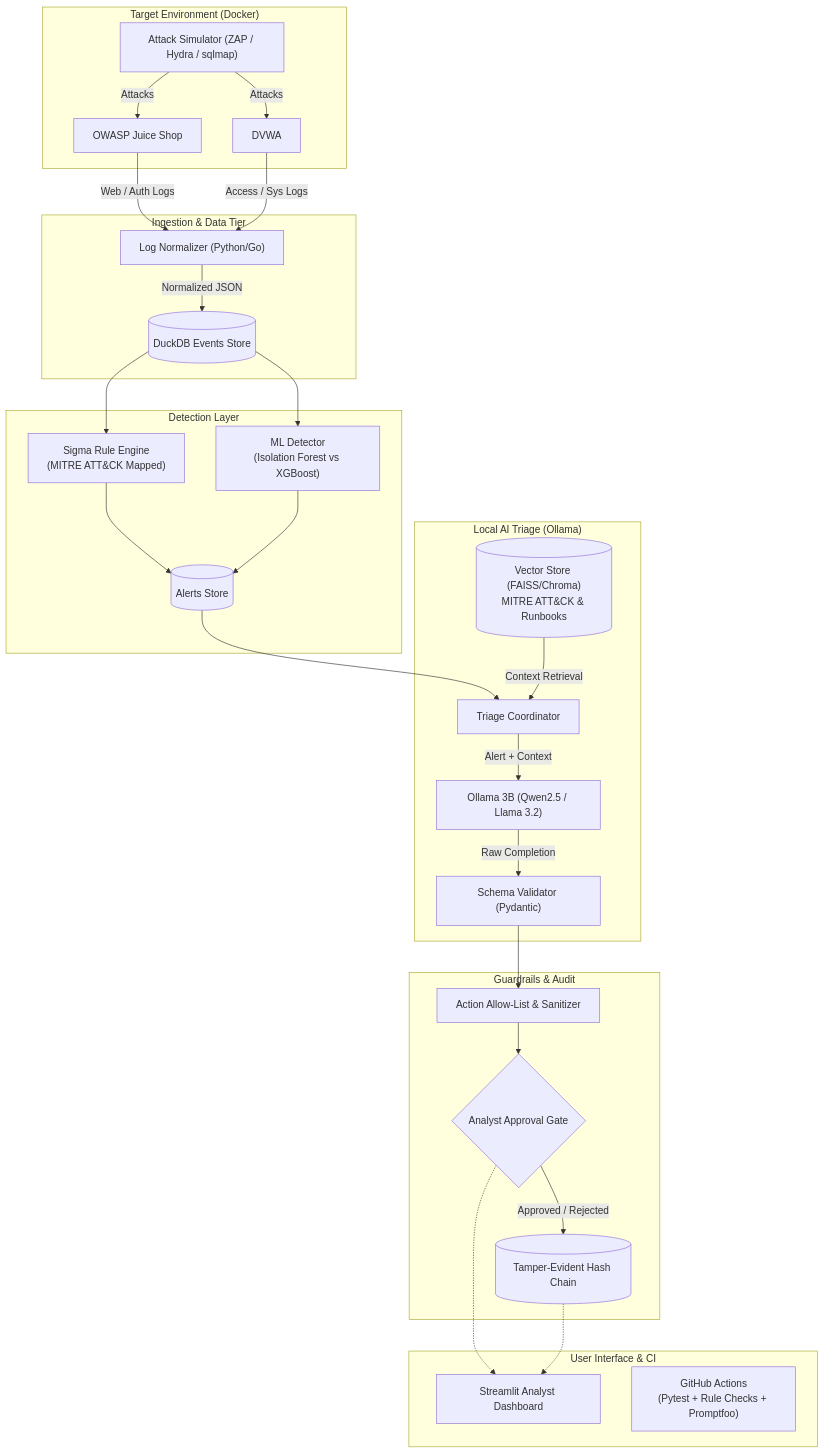
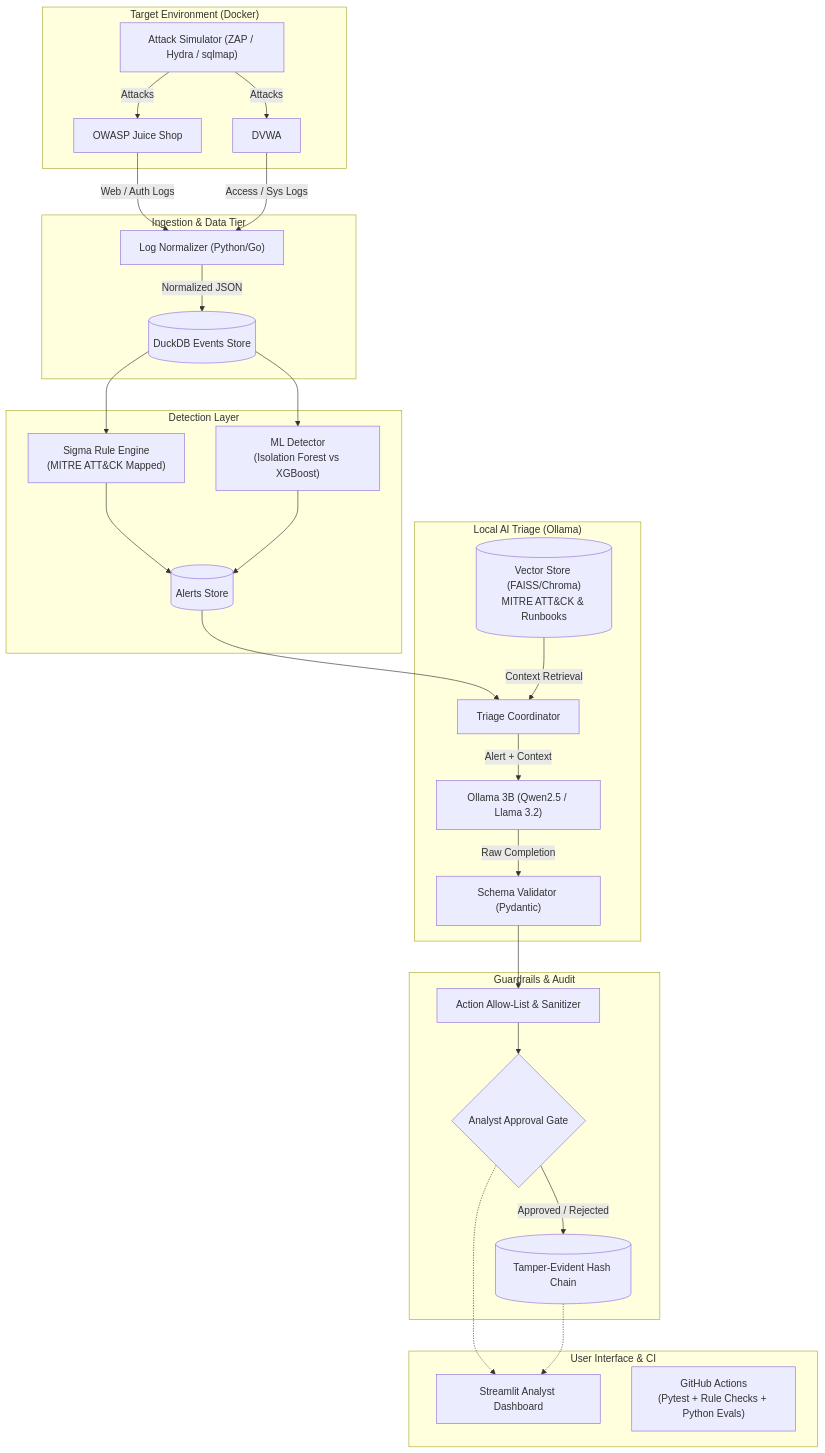
Before and after one commit to naji-abdellah/MINI-SOC-AI: the diagram in docs/architecture.md, drawn with Mermaid. The commit also changed other lines of this file and 36 other files, not shown here.

````diff
--- a/docs/architecture.md
+++ b/docs/architecture.md
@@ -9,42 +9,42 @@
 ```mermaid
 flowchart TD
     subgraph Target_Env["Target Environment (Docker)"]
         T1["OWASP Juice Shop"]
         T2["DVWA"]
         ATT["Attack Simulator (ZAP / Hydra / sqlmap)"]
         ATT -->|Attacks| T1
         ATT -->|Attacks| T2
     end
 
     subgraph Ingestion_Storage["Ingestion & Data Tier"]
         T1 -->|Web / Auth Logs| ING["Log Normalizer (Python/Go)"]
         T2 -->|Access / Sys Logs| ING
         ING -->|Normalized JSON| DUCK[("DuckDB Events Store")]
     end
 
     subgraph Detection_Tier["Detection Layer"]
         DUCK --> SIGMA["Sigma Rule Engine<br/>(MITRE ATT&CK Mapped)"]
         DUCK --> ML["ML Detector<br/>(Isolation Forest vs XGBoost)"]
         SIGMA --> ALERTS[("Alerts Store")]
         ML --> ALERTS
     end
 
     subgraph AI_Triage["Local AI Triage (Ollama)"]
         ALERTS --> TRIAGE["Triage Coordinator"]
         RAG[("Vector Store (FAISS/Chroma)<br/>MITRE ATT&CK & Runbooks")] -->|Context Retrieval| TRIAGE
         TRIAGE -->|Alert + Context| LLM["Ollama 3B (Qwen2.5 / Llama 3.2)"]
         LLM -->|Raw Completion| VALID["Schema Validator (Pydantic)"]
     end
 
     subgraph Governance["Guardrails & Audit"]
         VALID --> ALLOW["Action Allow-List & Sanitizer"]
         ALLOW --> APPROVAL{"Analyst Approval Gate"}
         APPROVAL -->|Approved / Rejected| AUDIT[("Tamper-Evident Hash Chain")]
     end
 
     subgraph Presentation_CI["User Interface & CI"]
         APPROVAL -.-> DASH["Streamlit Analyst Dashboard"]
         AUDIT -.-> DASH
-        CI["GitHub Actions<br/>(Pytest + Rule Checks + Promptfoo)"]
+        CI["GitHub Actions<br/>(Pytest + Rule Checks + Python Evals)"]
     end
 ```
````
